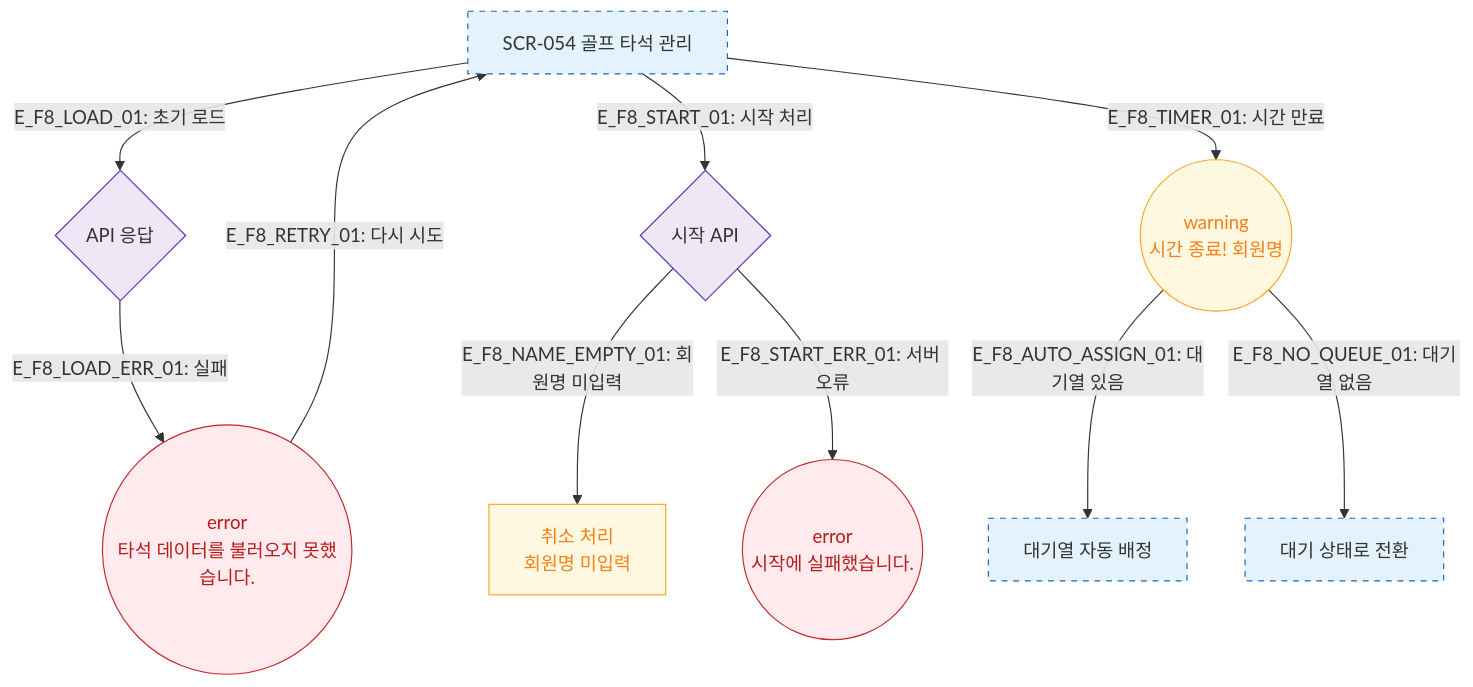
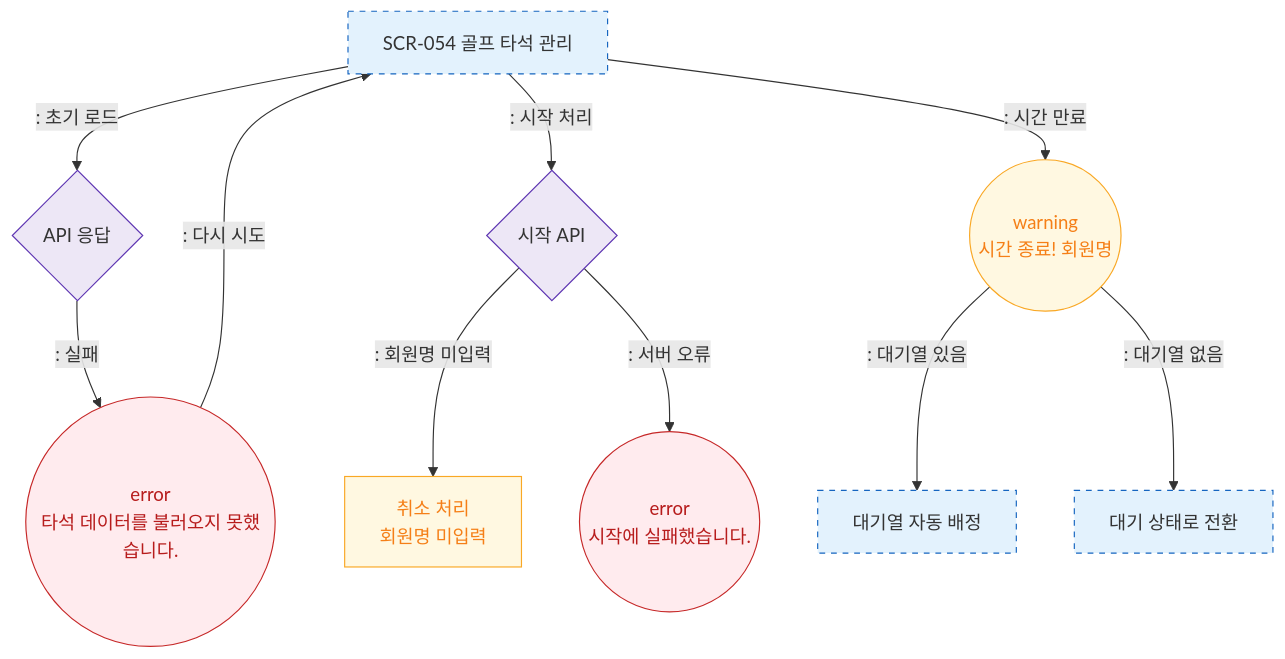
One commit to dev-spogym/admin-pando changed the diagram in docs/다이어그램/D06_시설관리/SCR-054_골프타석관리/F8_에러.md. Above: the diagram before and after it, drawn with Mermaid. The commit also changed other lines of this file and 1660 other files, not shown here.

First line of the commit message:
다이어그램: 기획자/클라이언트 납품본으로 정리

````diff
--- a/docs/다이어그램/D06_시설관리/SCR-054_골프타석관리/F8_에러.md
+++ b/docs/다이어그램/D06_시설관리/SCR-054_골프타석관리/F8_에러.md
@@ -16,25 +14,25 @@
 ```mermaid
 flowchart TD
     SCR_054[SCR-054 골프 타석 관리]
 
-    SCR_054 -->|"E_F8_LOAD_01: 초기 로드"| LoadAPI{API 응답}
-    LoadAPI -->|"E_F8_LOAD_ERR_01: 실패"| ErrLoad((error\n타석 데이터를 불러오지 못했습니다.))
-    ErrLoad -->|"E_F8_RETRY_01: 다시 시도"| SCR_054
+    SCR_054 -->|": 초기 로드"|LoadAPI{API 응답}
+    LoadAPI -->|": 실패"|ErrLoad((error\n타석 데이터를 불러오지 못했습니다.))
+    ErrLoad -->|": 다시 시도"|SCR_054
 
-    SCR_054 -->|"E_F8_START_01: 시작 처리"| StartAPI{시작 API}
-    StartAPI -->|"E_F8_NAME_EMPTY_01: 회원명 미입력"| ErrName[취소 처리\n회원명 미입력]
-    StartAPI -->|"E_F8_START_ERR_01: 서버 오류"| ErrStart((error\n시작에 실패했습니다.))
+    SCR_054 -->|": 시작 처리"|StartAPI{시작 API}
+    StartAPI -->|": 회원명 미입력"|ErrName[취소 처리\n회원명 미입력]
+    StartAPI -->|": 서버 오류"|ErrStart((error\n시작에 실패했습니다.))
 
-    SCR_054 -->|"E_F8_TIMER_01: 시간 만료"| TimerWarn((warning\n시간 종료! 회원명))
-    TimerWarn -->|"E_F8_AUTO_ASSIGN_01: 대기열 있음"| AutoAssign[대기열 자동 배정]
-    TimerWarn -->|"E_F8_NO_QUEUE_01: 대기열 없음"| AvailState[대기 상태로 전환]
+    SCR_054 -->|": 시간 만료"|TimerWarn((warning\n시간 종료! 회원명))
+    TimerWarn -->|": 대기열 있음"|AutoAssign[대기열 자동 배정]
+    TimerWarn -->|": 대기열 없음"|AvailState[대기 상태로 전환]
 
     classDef screen fill:#E3F2FD,stroke:#1565C0,stroke-dasharray:5 5
     classDef error fill:#FFEBEE,stroke:#C62828,color:#B71C1C
     classDef warning fill:#FFF8E1,stroke:#F9A825,color:#F57F17
     classDef system fill:#EDE7F6,stroke:#5E35B2
     class SCR_054,AutoAssign,AvailState screen
     class ErrLoad,ErrStart error
     class ErrName,TimerWarn warning
     class LoadAPI,StartAPI system
 ```
````
